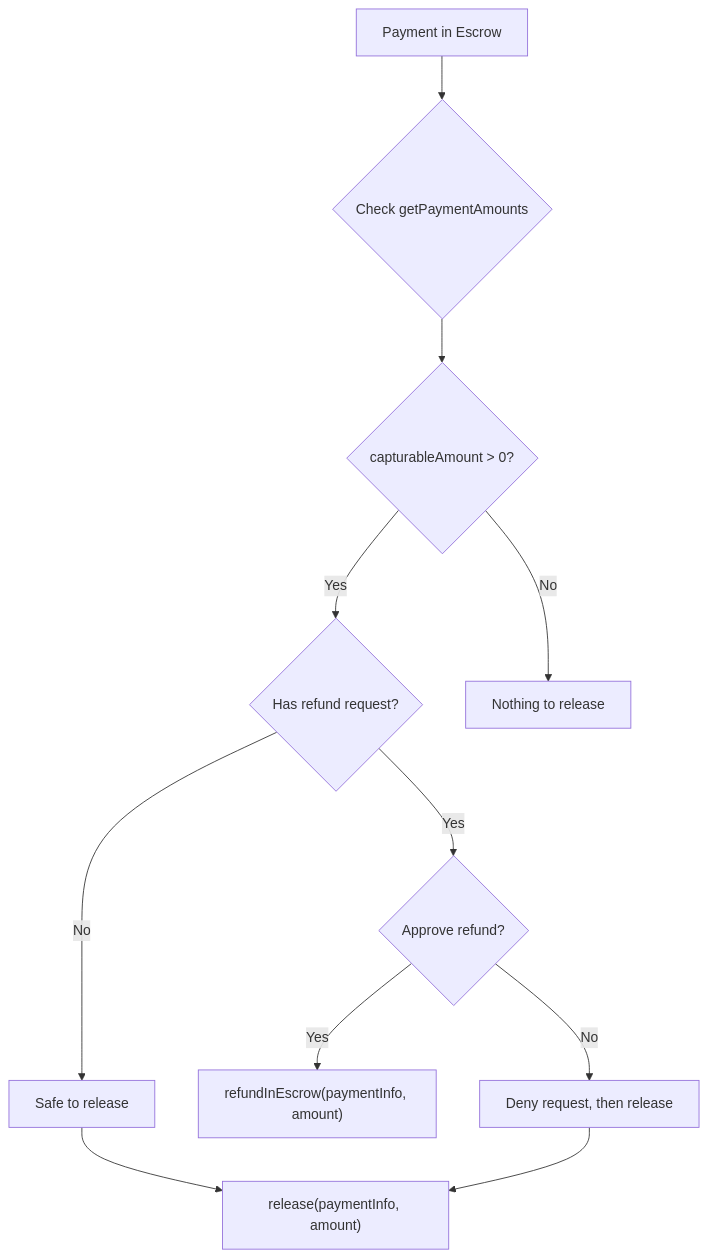
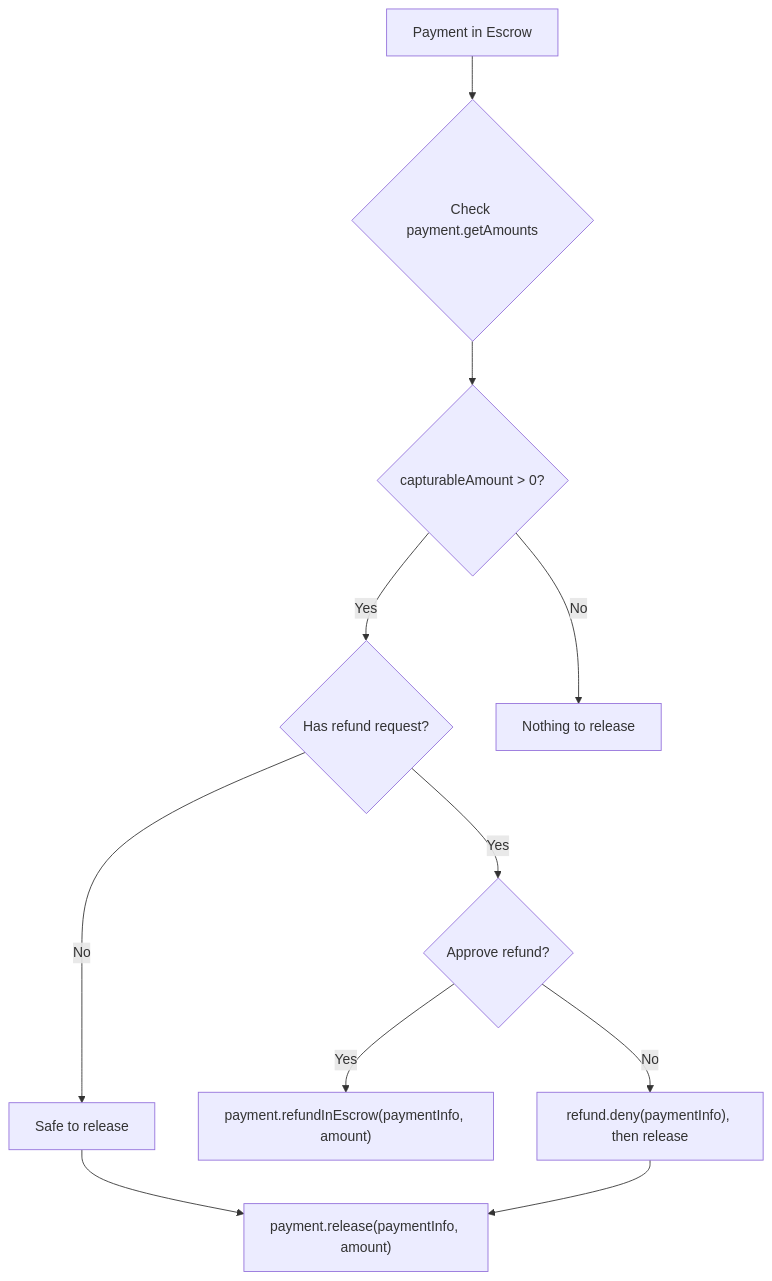
Before and after one commit to BackTrackCo/docs: the diagram in sdk/merchant/payment-operations.mdx, drawn with Mermaid. The commit also changed other lines of this file and 20 other files, not shown here.

````diff
--- a/sdk/merchant/payment-operations.mdx
+++ b/sdk/merchant/payment-operations.mdx
@@ -239,13 +150,13 @@
 ```mermaid
 flowchart TD
-    A[Payment in Escrow] --> B{Check getPaymentAmounts}
+    A[Payment in Escrow] --> B{Check payment.getAmounts}
     B --> C{capturableAmount > 0?}
     C -->|Yes| D{Has refund request?}
     C -->|No| E[Nothing to release]
     D -->|No| F[Safe to release]
     D -->|Yes| G{Approve refund?}
-    F --> H["release(paymentInfo, amount)"]
-    G -->|Yes| I["refundInEscrow(paymentInfo, amount)"]
-    G -->|No| J[Deny request, then release]
+    F --> H["payment.release(paymentInfo, amount)"]
+    G -->|Yes| I["payment.refundInEscrow(paymentInfo, amount)"]
+    G -->|No| J["refund.deny(paymentInfo), then release"]
     J --> H
 ```
````
